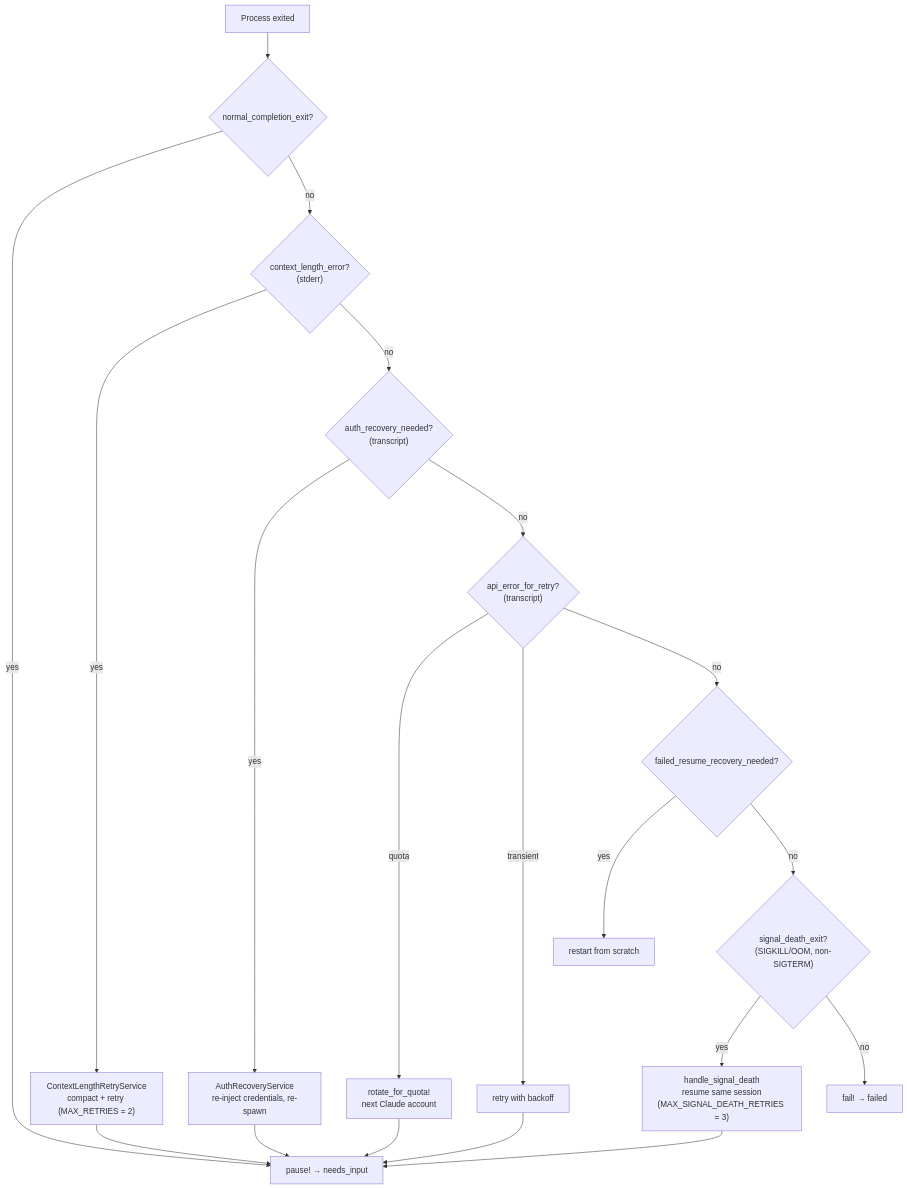
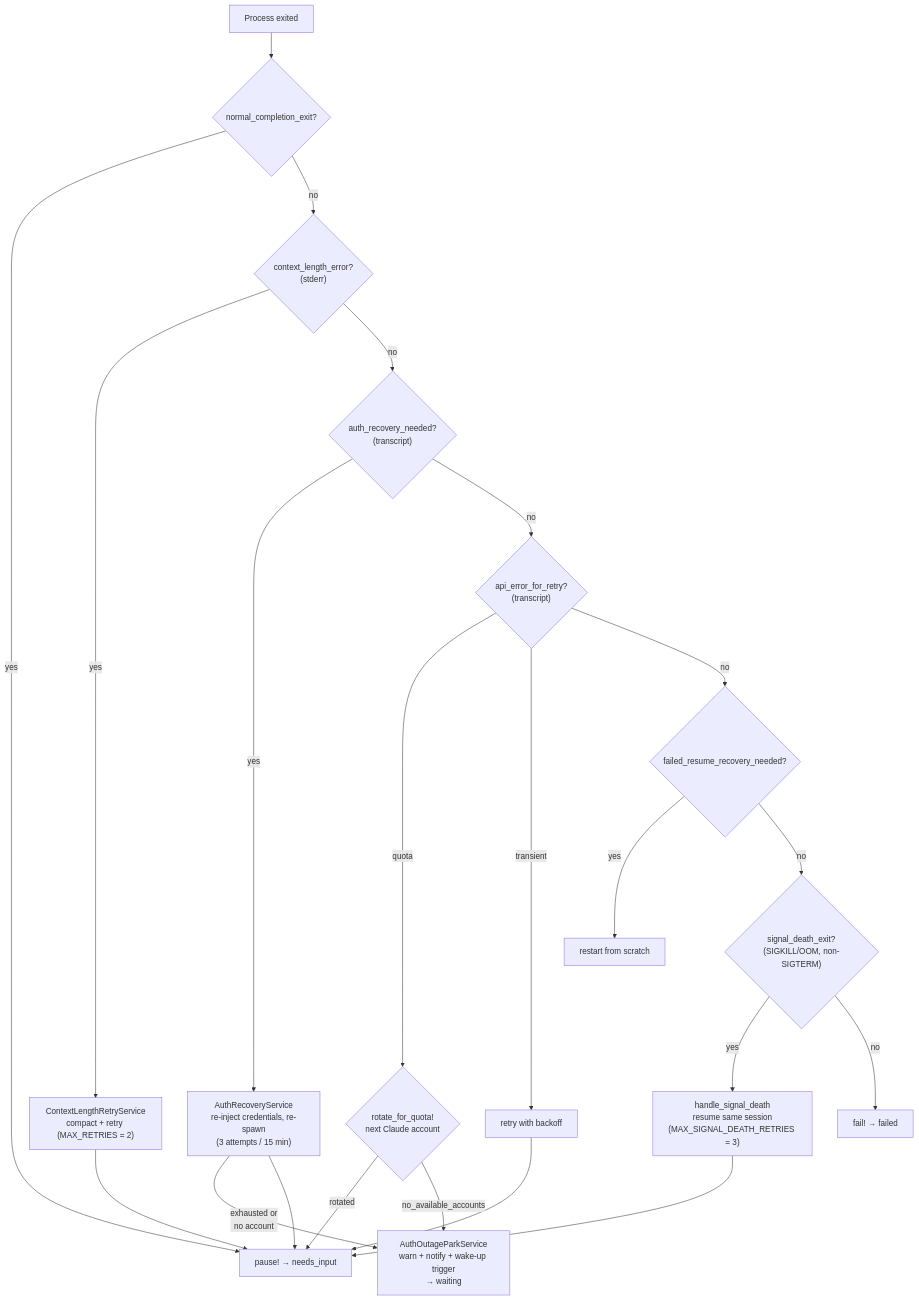
The diagram in docs/src/content/docs/sessions/spawning.md (tadasant/zimmer), drawn with Mermaid before and after one commit. The commit also changed other lines of this file and 17 other files, not shown here.

````diff
--- a/docs/src/content/docs/sessions/spawning.md
+++ b/docs/src/content/docs/sessions/spawning.md
@@ -125,22 +125,24 @@
 ```mermaid
 flowchart TD
     E["Process exited"] --> N{"normal_completion_exit?"}
     N -->|yes| P["pause! → needs_input"]
     N -->|no| C{"context_length_error?<br/>(stderr)"}
     C -->|yes| CR["ContextLengthRetryService<br/>compact + retry (MAX_RETRIES = 2)"]
     C -->|no| A{"auth_recovery_needed?<br/>(transcript)"}
-    A -->|yes| AR["AuthRecoveryService<br/>re-inject credentials, re-spawn"]
+    A -->|yes| AR["AuthRecoveryService<br/>re-inject credentials, re-spawn<br/>(3 attempts / 15 min)"]
+    AR -->|exhausted or<br/>no account| PARK["AuthOutageParkService<br/>warn + notify + wake-up trigger<br/>→ waiting"]
     A -->|no| Q{"api_error_for_retry?<br/>(transcript)"}
-    Q -->|quota| RO["rotate_for_quota!<br/>next Claude account"]
+    Q -->|quota| RO{"rotate_for_quota!<br/>next Claude account"}
+    RO -->|rotated| P
+    RO -->|no_available_accounts| PARK
     Q -->|transient| RT["retry with backoff"]
     Q -->|no| F{"failed_resume_recovery_needed?"}
     F -->|yes| FR["restart from scratch"]
     F -->|no| SD{"signal_death_exit?<br/>(SIGKILL/OOM, non-SIGTERM)"}
     SD -->|yes| SDR["handle_signal_death<br/>resume same session<br/>(MAX_SIGNAL_DEATH_RETRIES = 3)"]
     SD -->|no| FAIL["fail! → failed"]
     CR --> P
     AR --> P
-    RO --> P
     RT --> P
     SDR --> P
 ```
````
